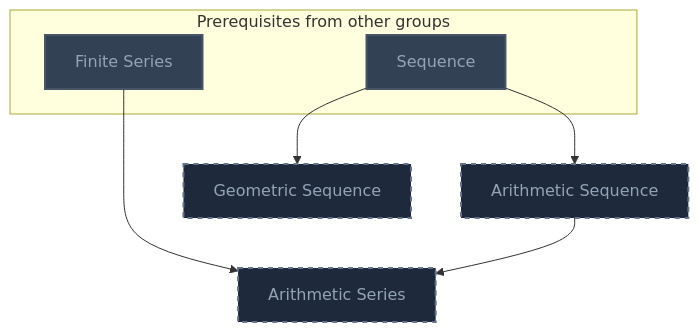
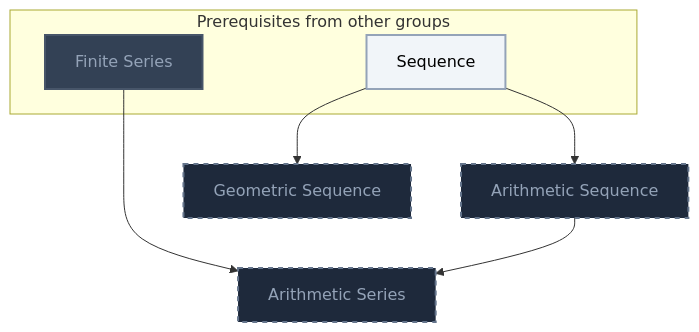
Before and after one commit to MRauf1/My-Notes: the ninth of 11 diagrams in Gamification/Skill Trees/Pre-Calculus.md, drawn with Mermaid. The commit also changed other lines of this file and 156 other files, not shown here.

````diff
--- a/Gamification/Skill Trees/Pre-Calculus.md
+++ b/Gamification/Skill Trees/Pre-Calculus.md
@@ -563,26 +583,27 @@
 ```mermaid
 flowchart TD
     classDef planned fill:#1E293B,stroke:#64748B,stroke-width:2px,stroke-dasharray:5 5,color:#94A3B8;
     classDef locked fill:#334155,stroke:#475569,stroke-width:2px,color:#94A3B8;
     classDef L0 fill:#F1F5F9,stroke:#94A3B8,stroke-width:2px,color:#000000;
     classDef L1 fill:#22C55E,stroke:#15803D,stroke-width:2px,color:#000000;
     classDef L2 fill:#3B82F6,stroke:#1D4ED8,stroke-width:3px,color:#FFFFFF;
     classDef L3 fill:#A855F7,stroke:#6B21A8,stroke-width:3px,color:#FFFFFF,font-weight:bold;
     classDef L4 fill:#F97316,stroke:#C2410C,stroke-width:4px,color:#000000,font-weight:bold;
     classDef L5 fill:#FFD700,stroke:#FF8C00,stroke-width:5px,color:#000000,font-weight:bold;
     classDef rusty stroke:#8B4513,stroke-width:4px,stroke-dasharray:3 3;
     subgraph sg_prereqs["Prerequisites from other groups"]
         n_sequence["Sequence"]
         n_finite_series["Finite Series"]
     end
     n_arithmetic_sequence["Arithmetic Sequence"]
     n_geometric_sequence["Geometric Sequence"]
     n_arithmetic_series["Arithmetic Series"]
     n_sequence --> n_arithmetic_sequence
     n_sequence --> n_geometric_sequence
     n_finite_series --> n_arithmetic_series
     n_arithmetic_sequence --> n_arithmetic_series
     class n_arithmetic_sequence,n_geometric_sequence,n_arithmetic_series planned;
-    class n_sequence,n_finite_series locked;
+    class n_finite_series locked;
+    class n_sequence L0;
     class n_sequence,n_finite_series internal-link;
 ```
````
